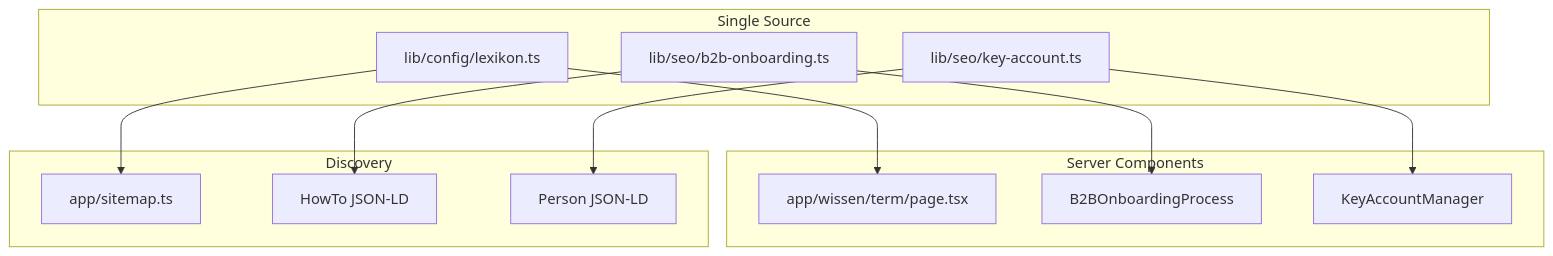
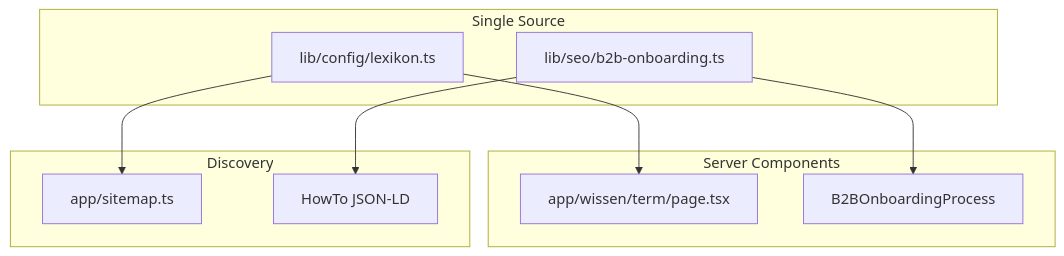
Before and after one commit to Metin93i/Saubermatik-website: the third of 5 diagrams in docs/architecture.md, drawn with Mermaid. The commit also changed other lines of this file and 1 other file, not shown here.

````diff
--- a/docs/architecture.md
+++ b/docs/architecture.md
@@ -105,24 +104,19 @@
 ```mermaid
 flowchart TB
   subgraph config [Single Source]
     L[lib/config/lexikon.ts]
     O[lib/seo/b2b-onboarding.ts]
-    K[lib/seo/key-account.ts]
   end
   subgraph ui [Server Components]
     W[app/wissen/term/page.tsx]
     B[B2BOnboardingProcess]
-    KA[KeyAccountManager]
   end
   subgraph seo [Discovery]
     S[app/sitemap.ts]
     H[HowTo JSON-LD]
-    P[Person JSON-LD]
   end
   L --> W
   L --> S
   O --> B
   O --> H
-  K --> KA
-  K --> P
 ```
````
